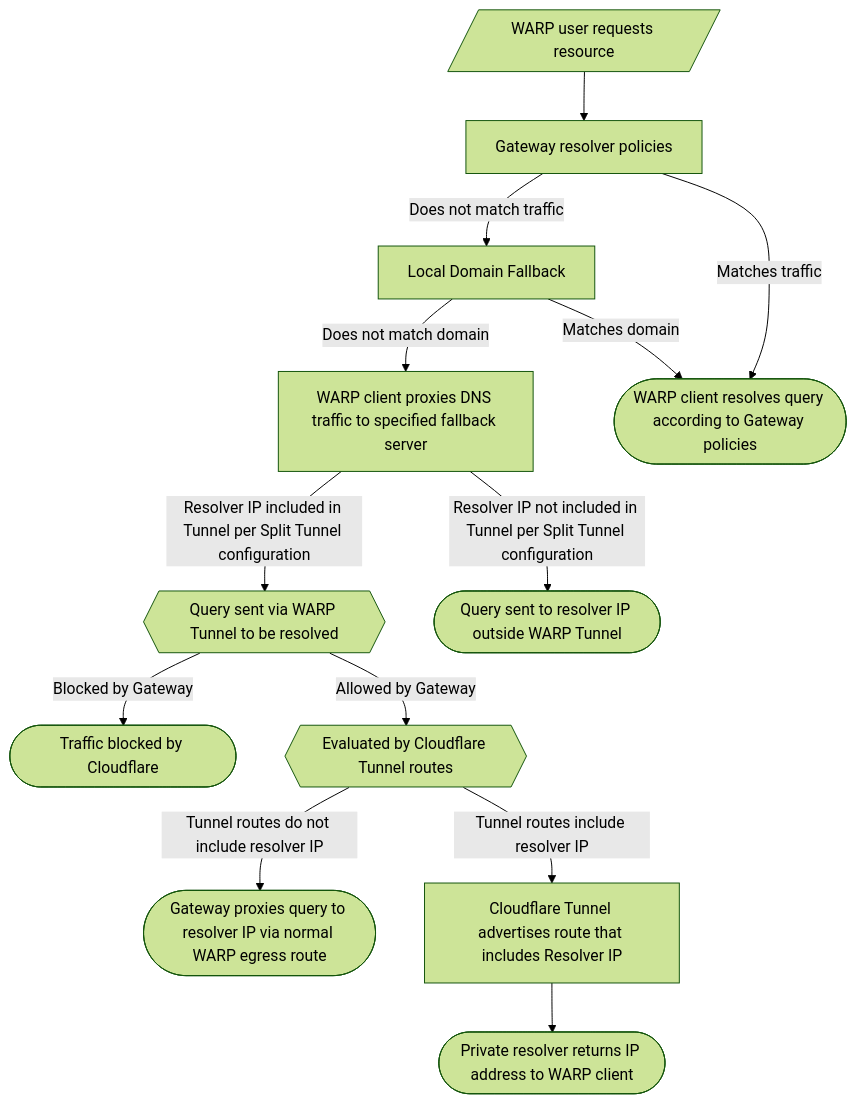
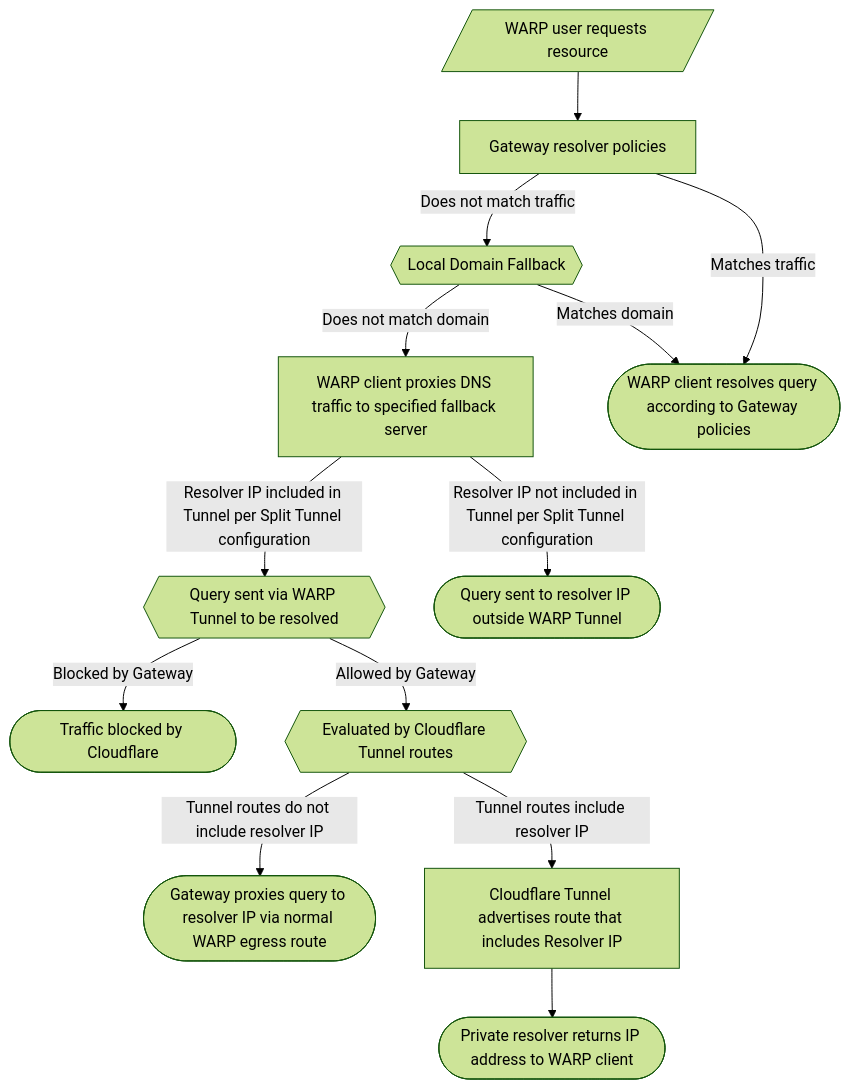
One commit to cloudflare/cloudflare-docs changed the diagram in src/content/docs/cloudflare-one/connections/connect-devices/warp/configure-warp/route-traffic/index.mdx. Above: the diagram before and after it, drawn with Mermaid (forest theme).

Commit message:
Change LDF shape

````diff
--- a/src/content/docs/cloudflare-one/connections/connect-devices/warp/configure-warp/route-traffic/index.mdx
+++ b/src/content/docs/cloudflare-one/connections/connect-devices/warp/configure-warp/route-traffic/index.mdx
@@ -27,27 +27,27 @@
 ```mermaid
 flowchart TD
     D["WARP client proxies DNS traffic to specified fallback server"] -- Resolver IP included in Tunnel per Split Tunnel configuration --> E["Query sent via WARP Tunnel to be resolved"]
     D -- Resolver IP not included in Tunnel per Split Tunnel configuration --> F["Query sent to resolver IP outside WARP Tunnel"]
     E -- Blocked by Gateway --> G["Traffic blocked by Cloudflare"]
     E -- Allowed by Gateway --> H["Evaluated by Cloudflare Tunnel routes"]
     H -- Tunnel routes do not include resolver IP --> I["Gateway proxies query to resolver IP via normal WARP egress route"]
     H -- Tunnel routes include resolver IP --> J["Cloudflare Tunnel advertises route that includes Resolver IP"]
     J --> L["Private resolver returns IP address to WARP client"]
     n1["Local Domain Fallback"] -- Matches domain --> C["WARP client resolves query according to Gateway policies"]
     n1 -- Does not match domain --> D
     A["WARP user requests resource"] --> n2["Gateway resolver policies"]
     n2 -- Does not match traffic --> n1
     n2 -- Matches traffic --> C
 
     D@{ shape: rect}
     E@{ shape: hex}
     F@{ shape: terminal}
     G@{ shape: terminal}
     H@{ shape: hex}
     I@{ shape: terminal}
     L@{ shape: terminal}
-    n1@{ shape: proc}
+    n1@{ shape: hex}
     C@{ shape: terminal}
     A@{ shape: in-out}
     n2@{ shape: proc}
 ```
````
